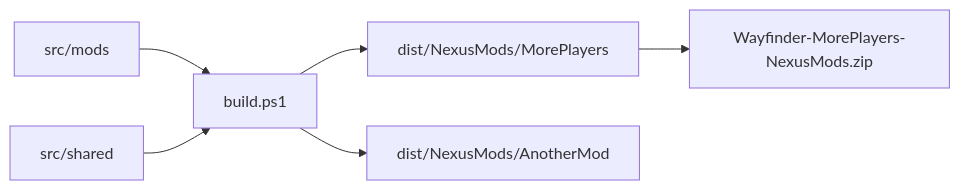
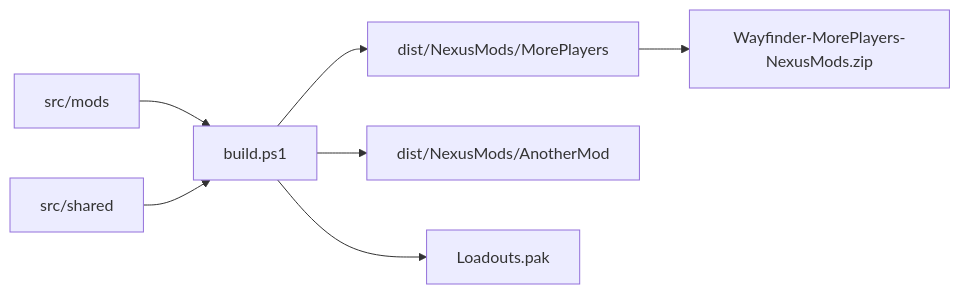
The diagram in lode/distribution/summary.md (TheAngryByrd/Wayfinder-Mods), drawn with Mermaid before and after one commit. The commit also changed other lines of this file and 94 other files, not shown here.

````diff
--- a/lode/distribution/summary.md
+++ b/lode/distribution/summary.md
@@ -6,8 +6,9 @@
 ```mermaid
 flowchart LR
     Mods[src/mods] --> Build[build.ps1]
     Shared[src/shared] --> Build
     Build --> MorePlayers[dist/NexusMods/MorePlayers]
     Build --> Additional[dist/NexusMods/AnotherMod]
+    Build --> LoadoutsPak[Loadouts.pak]
     MorePlayers --> Zip[Wayfinder-MorePlayers-NexusMods.zip]
 ```
````
